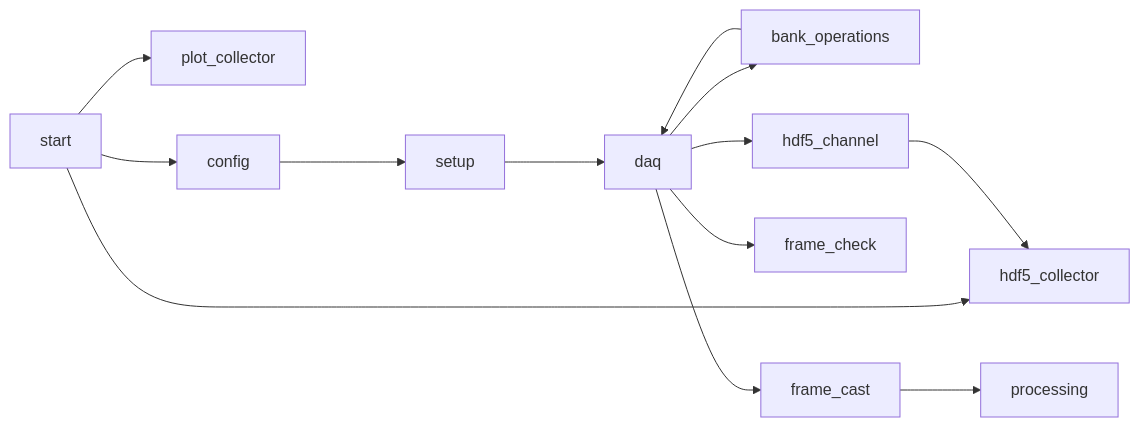
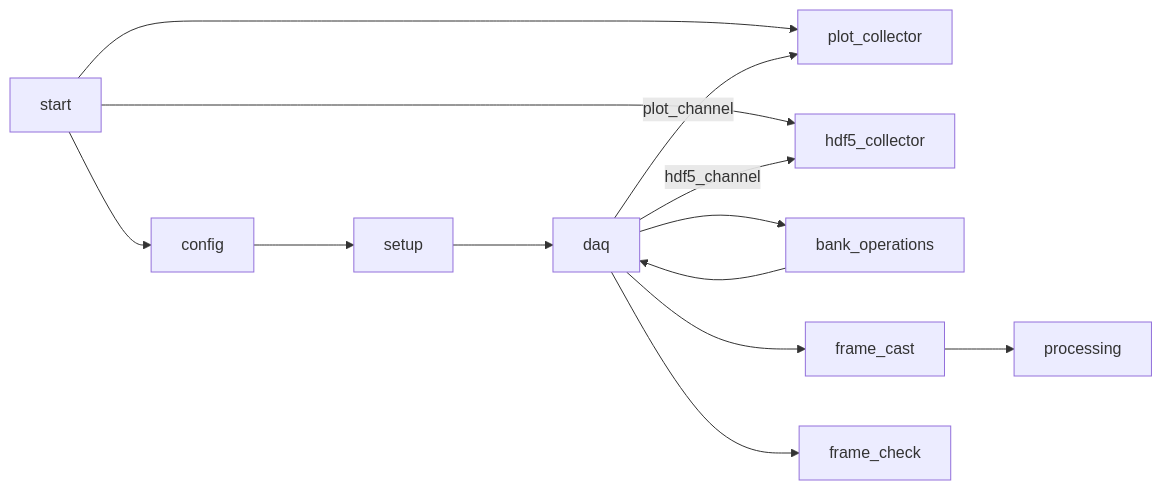
One commit to crisbour/QuantiCam.jl changed the diagram in README.md. Above: the diagram before and after it, drawn with Mermaid. The commit also changed other lines of this file and 1 other file, not shown here.

Commit message:
WIP plotter thread

````diff
--- a/README.md
+++ b/README.md
@@ -9,15 +11,16 @@
 ```mermaid
 graph LR;
 start-->plot_collector;
 start-->hdf5_collector;
 start-->config;
 config--->setup;
 setup--->daq;
 daq-->bank_operations;
 bank_operations-->daq;
 daq-->frame_cast;
 daq-->frame_check;
-daq-->hdf5_channel;
-hdf5_channel-->hdf5_collector;
+daq--hdf5_channel-->hdf5_collector;
+daq--plot_channel-->plot_collector;
 frame_cast-->processing;
+
 ```
````
